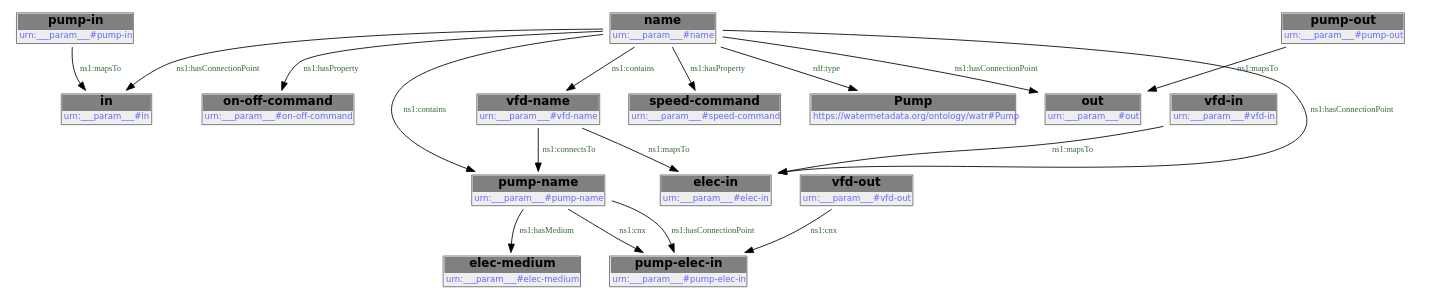
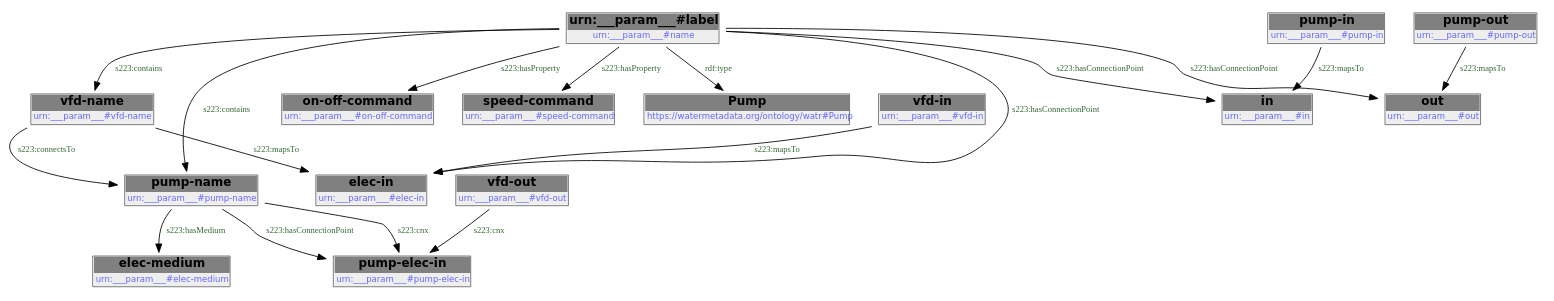
The diagram in docs/libraries/templates/pump-with-vfd.rst (DataDrivenCPS/water-ontology), drawn with Graphviz before and after one commit. The commit also changed other lines of this file and 83 other files, not shown here.

```diff
--- a/docs/libraries/templates/pump-with-vfd.rst
+++ b/docs/libraries/templates/pump-with-vfd.rst
@@ -177,37 +195,52 @@
-        .. graphviz::
+.. graphviz::
 
-                digraph G {
-            node [fontname="DejaVu Sans"];
-            node0 -> node1 [color=BLACK, label=< <font point-size='10' color='#336633'>rdf:type</font> >];
-            node0 -> node2 [color=BLACK, label=< <font point-size='10' color='#336633'>ns1:hasConnectionPoint</font> >];
-            node0 -> node3 [color=BLACK, label=< <font point-size='10' color='#336633'>ns1:hasConnectionPoint</font> >];
-            node0 -> node4 [color=BLACK, label=< <font point-size='10' color='#336633'>ns1:hasConnectionPoint</font> >];
-            node0 -> node5 [color=BLACK, label=< <font point-size='10' color='#336633'>ns1:hasProperty</font> >];
-            node6 -> node7 [color=BLACK, label=< <font point-size='10' color='#336633'>ns1:connectsTo</font> >];
-            node0 -> node6 [color=BLACK, label=< <font point-size='10' color='#336633'>ns1:contains</font> >];
-            node8 -> node4 [color=BLACK, label=< <font point-size='10' color='#336633'>ns1:mapsTo</font> >];
-            node0 -> node9 [color=BLACK, label=< <font point-size='10' color='#336633'>ns1:hasProperty</font> >];
-            node7 -> node10 [color=BLACK, label=< <font point-size='10' color='#336633'>ns1:cnx</font> >];
-            node0 -> node7 [color=BLACK, label=< <font point-size='10' color='#336633'>ns1:contains</font> >];
-            node7 -> node10 [color=BLACK, label=< <font point-size='10' color='#336633'>ns1:hasConnectionPoint</font> >];
-            node6 -> node2 [color=BLACK, label=< <font point-size='10' color='#336633'>ns1:mapsTo</font> >];
-            node11 -> node3 [color=BLACK, label=< <font point-size='10' color='#336633'>ns1:mapsTo</font> >];
-            node12 -> node10 [color=BLACK, label=< <font point-size='10' color='#336633'>ns1:cnx</font> >];
-            node13 -> node2 [color=BLACK, label=< <font point-size='10' color='#336633'>ns1:mapsTo</font> >];
-            node7 -> node14 [color=BLACK, label=< <font point-size='10' color='#336633'>ns1:hasMedium</font> >];
-            node0 [shape=none, color=black, label=< <table color='#666666' cellborder='0' cellspacing='0' border='1'><tr><td colspan='2' bgcolor='grey'><B>name</B></td></tr><tr><td href='urn:___param___#name' bgcolor='#eeeeee' colspan='2'><font point-size='10' color='#6666ff'>urn:___param___#name</font></td></tr></table> >];
-            node1 [shape=none, color=black, label=< <table color='#666666' cellborder='0' cellspacing='0' border='1'><tr><td colspan='2' bgcolor='grey'><B>Pump</B></td></tr><tr><td href='https://watermetadata.org/ontology/watr#Pump' bgcolor='#eeeeee' colspan='2'><font point-size='10' color='#6666ff'>https://watermetadata.org/ontology/watr#Pump</font></td></tr></table> >];
-            node2 [shape=none, color=black, label=< <table color='#666666' cellborder='0' cellspacing='0' border='1'><tr><td colspan='2' bgcolor='grey'><B>elec-in</B></td></tr><tr><td href='urn:___param___#elec-in' bgcolor='#eeeeee' colspan='2'><font point-size='10' color='#6666ff'>urn:___param___#elec-in</font></td></tr></table> >];
-            node3 [shape=none, color=black, label=< <table color='#666666' cellborder='0' cellspacing='0' border='1'><tr><td colspan='2' bgcolor='grey'><B>in</B></td></tr><tr><td href='urn:___param___#in' bgcolor='#eeeeee' colspan='2'><font point-size='10' color='#6666ff'>urn:___param___#in</font></td></tr></table> >];
-            node4 [shape=none, color=black, label=< <table color='#666666' cellborder='0' cellspacing='0' border='1'><tr><td colspan='2' bgcolor='grey'><B>out</B></td></tr><tr><td href='urn:___param___#out' bgcolor='#eeeeee' colspan='2'><font point-size='10' color='#6666ff'>urn:___param___#out</font></td></tr></table> >];
-            node5 [shape=none, color=black, label=< <table color='#666666' cellborder='0' cellspacing='0' border='1'><tr><td colspan='2' bgcolor='grey'><B>on-off-command</B></td></tr><tr><td href='urn:___param___#on-off-command' bgcolor='#eeeeee' colspan='2'><font point-size='10' color='#6666ff'>urn:___param___#on-off-command</font></td></tr></table> >];
-            node6 [shape=none, color=black, label=< <table color='#666666' cellborder='0' cellspacing='0' border='1'><tr><td colspan='2' bgcolor='grey'><B>vfd-name</B></td></tr><tr><td href='urn:___param___#vfd-name' bgcolor='#eeeeee' colspan='2'><font point-size='10' color='#6666ff'>urn:___param___#vfd-name</font></td></tr></table> >];
-            node7 [shape=none, color=black, label=< <table color='#666666' cellborder='0' cellspacing='0' border='1'><tr><td colspan='2' bgcolor='grey'><B>pump-name</B></td></tr><tr><td href='urn:___param___#pump-name' bgcolor='#eeeeee' colspan='2'><font point-size='10' color='#6666ff'>urn:___param___#pump-name</font></td></tr></table> >];
-            node8 [shape=none, color=black, label=< <table color='#666666' cellborder='0' cellspacing='0' border='1'><tr><td colspan='2' bgcolor='grey'><B>pump-out</B></td></tr><tr><td href='urn:___param___#pump-out' bgcolor='#eeeeee' colspan='2'><font point-size='10' color='#6666ff'>urn:___param___#pump-out</font></td></tr></table> >];
-            node9 [shape=none, color=black, label=< <table color='#666666' cellborder='0' cellspacing='0' border='1'><tr><td colspan='2' bgcolor='grey'><B>speed-command</B></td></tr><tr><td href='urn:___param___#speed-command' bgcolor='#eeeeee' colspan='2'><font point-size='10' color='#6666ff'>urn:___param___#speed-command</font></td></tr></table> >];
-            node10 [shape=none, color=black, label=< <table color='#666666' cellborder='0' cellspacing='0' border='1'><tr><td colspan='2' bgcolor='grey'><B>pump-elec-in</B></td></tr><tr><td href='urn:___param___#pump-elec-in' bgcolor='#eeeeee' colspan='2'><font point-size='10' color='#6666ff'>urn:___param___#pump-elec-in</font></td></tr></table> >];
-            node11 [shape=none, color=black, label=< <table color='#666666' cellborder='0' cellspacing='0' border='1'><tr><td colspan='2' bgcolor='grey'><B>pump-in</B></td></tr><tr><td href='urn:___param___#pump-in' bgcolor='#eeeeee' colspan='2'><font point-size='10' color='#6666ff'>urn:___param___#pump-in</font></td></tr></table> >];
-            node12 [shape=none, color=black, label=< <table color='#666666' cellborder='0' cellspacing='0' border='1'><tr><td colspan='2' bgcolor='grey'><B>vfd-out</B></td></tr><tr><td href='urn:___param___#vfd-out' bgcolor='#eeeeee' colspan='2'><font point-size='10' color='#6666ff'>urn:___param___#vfd-out</font></td></tr></table> >];
-            node13 [shape=none, color=black, label=< <table color='#666666' cellborder='0' cellspacing='0' border='1'><tr><td colspan='2' bgcolor='grey'><B>vfd-in</B></td></tr><tr><td href='urn:___param___#vfd-in' bgcolor='#eeeeee' colspan='2'><font point-size='10' color='#6666ff'>urn:___param___#vfd-in</font></td></tr></table> >];
-            node14 [shape=none, color=black, label=< <table color='#666666' cellborder='0' cellspacing='0' border='1'><tr><td colspan='2' bgcolor='grey'><B>elec-medium</B></td></tr><tr><td href='urn:___param___#elec-medium' bgcolor='#eeeeee' colspan='2'><font point-size='10' color='#6666ff'>urn:___param___#elec-medium</font></td></tr></table> >];
-            }
+    digraph {
+     node [ fontname="DejaVu Sans" ] ;
+        node0 -> node1 [ color=BLACK, label=< <font point-size='10' color='#336633'>s223:contains</font> > ] ;
+        node0 -> node2 [ color=BLACK, label=< <font point-size='10' color='#336633'>s223:contains</font> > ] ;
+        node0 -> node3 [ color=BLACK, label=< <font point-size='10' color='#336633'>s223:hasConnectionPoint</font> > ] ;
+        node0 -> node4 [ color=BLACK, label=< <font point-size='10' color='#336633'>s223:hasConnectionPoint</font> > ] ;
+        node0 -> node5 [ color=BLACK, label=< <font point-size='10' color='#336633'>s223:hasConnectionPoint</font> > ] ;
+        node0 -> node6 [ color=BLACK, label=< <font point-size='10' color='#336633'>s223:hasProperty</font> > ] ;
+        node0 -> node7 [ color=BLACK, label=< <font point-size='10' color='#336633'>s223:hasProperty</font> > ] ;
+        node0 -> node8 [ color=BLACK, label=< <font point-size='10' color='#336633'>rdf:type</font> > ] ;
+        node9 -> node4 [ color=BLACK, label=< <font point-size='10' color='#336633'>s223:mapsTo</font> > ] ;
+        node1 -> node10 [ color=BLACK, label=< <font point-size='10' color='#336633'>s223:cnx</font> > ] ;
+        node1 -> node10 [ color=BLACK, label=< <font point-size='10' color='#336633'>s223:hasConnectionPoint</font> > ] ;
+        node1 -> node11 [ color=BLACK, label=< <font point-size='10' color='#336633'>s223:hasMedium</font> > ] ;
+        node12 -> node5 [ color=BLACK, label=< <font point-size='10' color='#336633'>s223:mapsTo</font> > ] ;
+        node13 -> node3 [ color=BLACK, label=< <font point-size='10' color='#336633'>s223:mapsTo</font> > ] ;
+        node2 -> node1 [ color=BLACK, label=< <font point-size='10' color='#336633'>s223:connectsTo</font> > ] ;
+        node2 -> node3 [ color=BLACK, label=< <font point-size='10' color='#336633'>s223:mapsTo</font> > ] ;
+        node14 -> node10 [ color=BLACK, label=< <font point-size='10' color='#336633'>s223:cnx</font> > ] ;
+    # urn:___param___#name node0
+    node0 [ shape=none, color=black label=< <table color='#666666' cellborder='0' cellspacing='0' border='1'><tr><td colspan='2' bgcolor='grey'><B>urn:___param___#label</B></td></tr><tr><td href='urn:___param___#name' bgcolor='#eeeeee' colspan='2'><font point-size='10' color='#6666ff'>urn:___param___#name</font></td></tr></table> > ]
+    # urn:___param___#pump-name node1
+    node1 [ shape=none, color=black label=< <table color='#666666' cellborder='0' cellspacing='0' border='1'><tr><td colspan='2' bgcolor='grey'><B>pump-name</B></td></tr><tr><td href='urn:___param___#pump-name' bgcolor='#eeeeee' colspan='2'><font point-size='10' color='#6666ff'>urn:___param___#pump-name</font></td></tr></table> > ]
+    # urn:___param___#vfd-name node2
+    node2 [ shape=none, color=black label=< <table color='#666666' cellborder='0' cellspacing='0' border='1'><tr><td colspan='2' bgcolor='grey'><B>vfd-name</B></td></tr><tr><td href='urn:___param___#vfd-name' bgcolor='#eeeeee' colspan='2'><font point-size='10' color='#6666ff'>urn:___param___#vfd-name</font></td></tr></table> > ]
+    # urn:___param___#elec-in node3
+    node3 [ shape=none, color=black label=< <table color='#666666' cellborder='0' cellspacing='0' border='1'><tr><td colspan='2' bgcolor='grey'><B>elec-in</B></td></tr><tr><td href='urn:___param___#elec-in' bgcolor='#eeeeee' colspan='2'><font point-size='10' color='#6666ff'>urn:___param___#elec-in</font></td></tr></table> > ]
+    # urn:___param___#in node4
+    node4 [ shape=none, color=black label=< <table color='#666666' cellborder='0' cellspacing='0' border='1'><tr><td colspan='2' bgcolor='grey'><B>in</B></td></tr><tr><td href='urn:___param___#in' bgcolor='#eeeeee' colspan='2'><font point-size='10' color='#6666ff'>urn:___param___#in</font></td></tr></table> > ]
+    # urn:___param___#out node5
+    node5 [ shape=none, color=black label=< <table color='#666666' cellborder='0' cellspacing='0' border='1'><tr><td colspan='2' bgcolor='grey'><B>out</B></td></tr><tr><td href='urn:___param___#out' bgcolor='#eeeeee' colspan='2'><font point-size='10' color='#6666ff'>urn:___param___#out</font></td></tr></table> > ]
+    # urn:___param___#on-off-command node6
+    node6 [ shape=none, color=black label=< <table color='#666666' cellborder='0' cellspacing='0' border='1'><tr><td colspan='2' bgcolor='grey'><B>on-off-command</B></td></tr><tr><td href='urn:___param___#on-off-command' bgcolor='#eeeeee' colspan='2'><font point-size='10' color='#6666ff'>urn:___param___#on-off-command</font></td></tr></table> > ]
+    # urn:___param___#speed-command node7
+    node7 [ shape=none, color=black label=< <table color='#666666' cellborder='0' cellspacing='0' border='1'><tr><td colspan='2' bgcolor='grey'><B>speed-command</B></td></tr><tr><td href='urn:___param___#speed-command' bgcolor='#eeeeee' colspan='2'><font point-size='10' color='#6666ff'>urn:___param___#speed-command</font></td></tr></table> > ]
+    # https://watermetadata.org/ontology/watr#Pump node8
+    node8 [ shape=none, color=black label=< <table color='#666666' cellborder='0' cellspacing='0' border='1'><tr><td colspan='2' bgcolor='grey'><B>Pump</B></td></tr><tr><td href='https://watermetadata.org/ontology/watr#Pump' bgcolor='#eeeeee' colspan='2'><font point-size='10' color='#6666ff'>https://watermetadata.org/ontology/watr#Pump</font></td></tr></table> > ]
+    # urn:___param___#pump-in node9
+    node9 [ shape=none, color=black label=< <table color='#666666' cellborder='0' cellspacing='0' border='1'><tr><td colspan='2' bgcolor='grey'><B>pump-in</B></td></tr><tr><td href='urn:___param___#pump-in' bgcolor='#eeeeee' colspan='2'><font point-size='10' color='#6666ff'>urn:___param___#pump-in</font></td></tr></table> > ]
+    # urn:___param___#pump-elec-in node10
+    node10 [ shape=none, color=black label=< <table color='#666666' cellborder='0' cellspacing='0' border='1'><tr><td colspan='2' bgcolor='grey'><B>pump-elec-in</B></td></tr><tr><td href='urn:___param___#pump-elec-in' bgcolor='#eeeeee' colspan='2'><font point-size='10' color='#6666ff'>urn:___param___#pump-elec-in</font></td></tr></table> > ]
+    # urn:___param___#elec-medium node11
+    node11 [ shape=none, color=black label=< <table color='#666666' cellborder='0' cellspacing='0' border='1'><tr><td colspan='2' bgcolor='grey'><B>elec-medium</B></td></tr><tr><td href='urn:___param___#elec-medium' bgcolor='#eeeeee' colspan='2'><font point-size='10' color='#6666ff'>urn:___param___#elec-medium</font></td></tr></table> > ]
+    # urn:___param___#pump-out node12
+    node12 [ shape=none, color=black label=< <table color='#666666' cellborder='0' cellspacing='0' border='1'><tr><td colspan='2' bgcolor='grey'><B>pump-out</B></td></tr><tr><td href='urn:___param___#pump-out' bgcolor='#eeeeee' colspan='2'><font point-size='10' color='#6666ff'>urn:___param___#pump-out</font></td></tr></table> > ]
+    # urn:___param___#vfd-in node13
+    node13 [ shape=none, color=black label=< <table color='#666666' cellborder='0' cellspacing='0' border='1'><tr><td colspan='2' bgcolor='grey'><B>vfd-in</B></td></tr><tr><td href='urn:___param___#vfd-in' bgcolor='#eeeeee' colspan='2'><font point-size='10' color='#6666ff'>urn:___param___#vfd-in</font></td></tr></table> > ]
+    # urn:___param___#vfd-out node14
+    node14 [ shape=none, color=black label=< <table color='#666666' cellborder='0' cellspacing='0' border='1'><tr><td colspan='2' bgcolor='grey'><B>vfd-out</B></td></tr><tr><td href='urn:___param___#vfd-out' bgcolor='#eeeeee' colspan='2'><font point-size='10' color='#6666ff'>urn:___param___#vfd-out</font></td></tr></table> > ]
+    }
```
